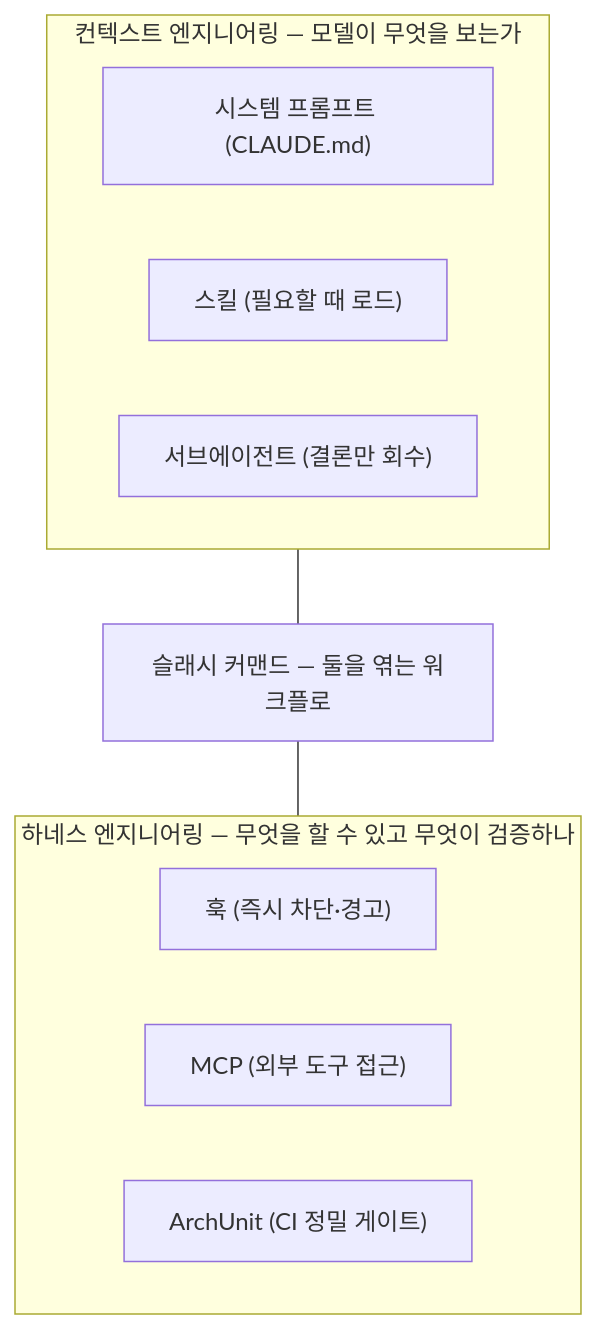
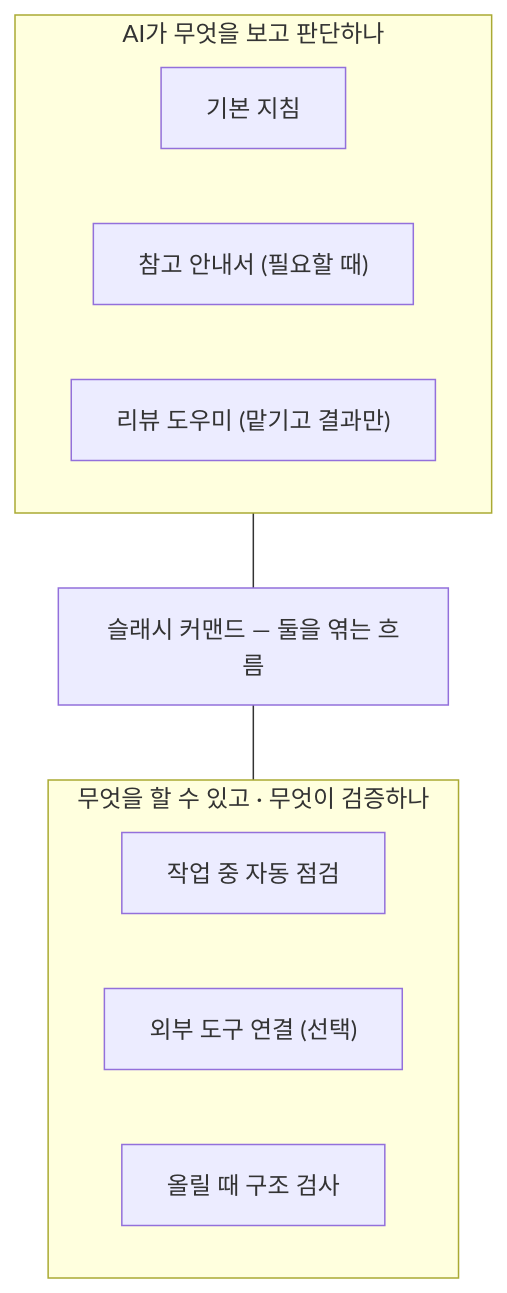
Before and after one commit to HongJungWan/opinionated-harness-template: the second of 7 diagrams in README.md, drawn with Mermaid. The commit also changed other lines of this file, not shown here.

````diff
--- a/README.md
+++ b/README.md
@@ -60,15 +53,15 @@
 ```mermaid
 flowchart TD
-    subgraph CTX["컨텍스트 엔지니어링 — 모델이 무엇을 보는가"]
-        P["시스템 프롬프트 (CLAUDE.md)"]
-        S["스킬 (필요할 때 로드)"]
-        AG["서브에이전트 (결론만 회수)"]
+    subgraph CTX["AI가 무엇을 보고 판단하나"]
+        P["기본 지침"]
+        S["참고 안내서 (필요할 때)"]
+        AG["리뷰 도우미 (맡기고 결과만)"]
     end
-    subgraph HN["하네스 엔지니어링 — 무엇을 할 수 있고 무엇이 검증하나"]
-        H["훅 (즉시 차단·경고)"]
-        M["MCP (외부 도구 접근)"]
-        CI["ArchUnit (CI 정밀 게이트)"]
+    subgraph HN["무엇을 할 수 있고 · 무엇이 검증하나"]
+        H["작업 중 자동 점검"]
+        M["외부 도구 연결 (선택)"]
+        CI["올릴 때 구조 검사"]
     end
-    CMD["슬래시 커맨드 — 둘을 엮는 워크플로"]
+    CMD["슬래시 커맨드 — 둘을 엮는 흐름"]
     CTX --- CMD --- HN
 ```
````
